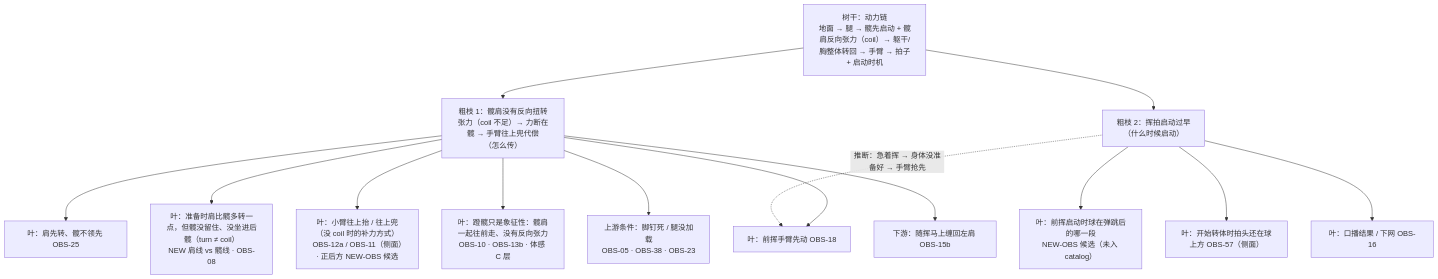
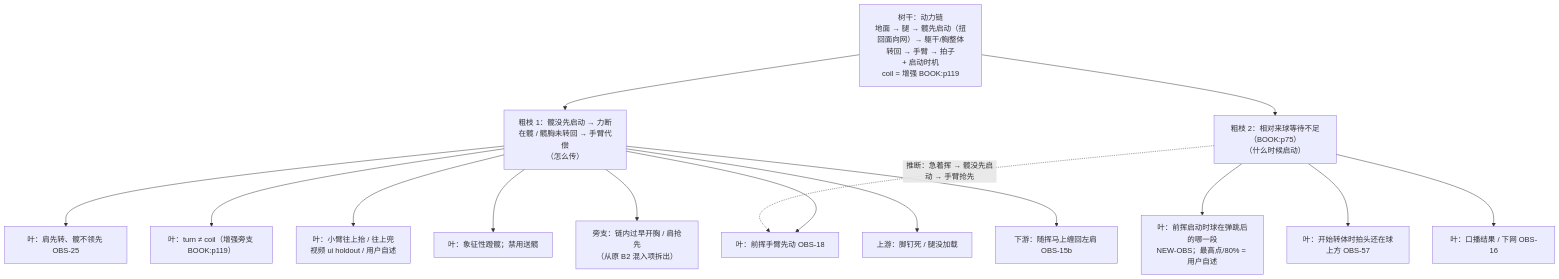
The diagram in docs/diagnosis/ftt_tree/kinetic_chain_trunk.md (xiaollz/tennis_analyzer), drawn with Mermaid before and after one commit. The commit also changed other lines of this file and 8 other files, not shown here.

````diff
--- a/docs/diagnosis/ftt_tree/kinetic_chain_trunk.md
+++ b/docs/diagnosis/ftt_tree/kinetic_chain_trunk.md
@@ -42,21 +50,22 @@
 ```mermaid
 flowchart TD
-  T["树干：动力链<br/>地面 → 腿 → 髋先启动 + 髋肩反向张力（coil）→ 躯干/胸整体转回 → 手臂 → 拍子<br/>+ 启动时机"]
+  T["树干：动力链<br/>地面 → 腿 → 髋先启动（扭回面向网）→ 躯干/胸整体转回 → 手臂 → 拍子<br/>+ 启动时机<br/>coil = 增强 BOOK:p119"]
 
-  T --> B1["粗枝 1：髋肩没有反向扭转张力（coil 不足）→ 力断在髋 → 手臂往上兜代偿<br/>（怎么传）"]
-  T --> B2["粗枝 2：挥拍启动过早<br/>（什么时候启动）"]
+  T --> B1["粗枝 1：髋没先启动 → 力断在髋 / 髋胸未转回 → 手臂代偿<br/>（怎么传）"]
+  T --> B2["粗枝 2：相对来球等待不足（BOOK:p75）<br/>（什么时候启动）"]
 
   B1 --> L11["叶：肩先转、髋不领先 OBS-25"]
   B1 --> L12["叶：前挥手臂先动 OBS-18"]
-  B1 --> L13["叶：准备时肩比髋多转一点，但髋没留住、没坐进后髋（turn ≠ coil）<br/>NEW 肩线 vs 髋线 · OBS-08"]
-  B1 --> L14["叶：小臂往上抬 / 往上兜（没 coil 时的补力方式）<br/>OBS-12a / OBS-11（侧面）· 正后方 NEW-OBS 候选"]
-  B1 --> L15["叶：蹬髋只是象征性：髋肩一起往前走、没有反向张力<br/>OBS-10 · OBS-13b · 体感 C 层"]
-  B1 --> U1["上游条件：脚钉死 / 腿没加载<br/>OBS-05 · OBS-38 · OBS-23"]
+  B1 --> L13["叶：turn ≠ coil（增强旁支 BOOK:p119）"]
+  B1 --> L14["叶：小臂往上抬 / 往上兜<br/>视频 ui holdout / 用户自述"]
+  B1 --> L15["叶：象征性蹬髋；禁用送髋"]
+  B1 --> L16["旁支：链内过早开胸 / 肩抢先<br/>（从原 B2 混入项拆出）"]
+  B1 --> U1["上游：脚钉死 / 腿没加载"]
   B1 --> D1["下游：随挥马上缠回左肩 OBS-15b"]
 
-  B2 --> L21["叶：前挥启动时球在弹跳后的哪一段<br/>NEW-OBS 候选（未入 catalog）"]
-  B2 --> L22["叶：开始转体时拍头还在球上方 OBS-57（侧面）"]
+  B2 --> L21["叶：前挥启动时球在弹跳后的哪一段<br/>NEW-OBS；最高点/80% = 用户自述"]
+  B2 --> L22["叶：开始转体时拍头还在球上方 OBS-57"]
   B2 --> L23["叶：口播结果 / 下网 OBS-16"]
 
-  B2 -. "推断：急着挥 → 身体没准备好 → 手臂抢先" .-> L12
+  B2 -. "推断：急着挥 → 髋没先启动 → 手臂抢先" .-> L12
 ```
````
